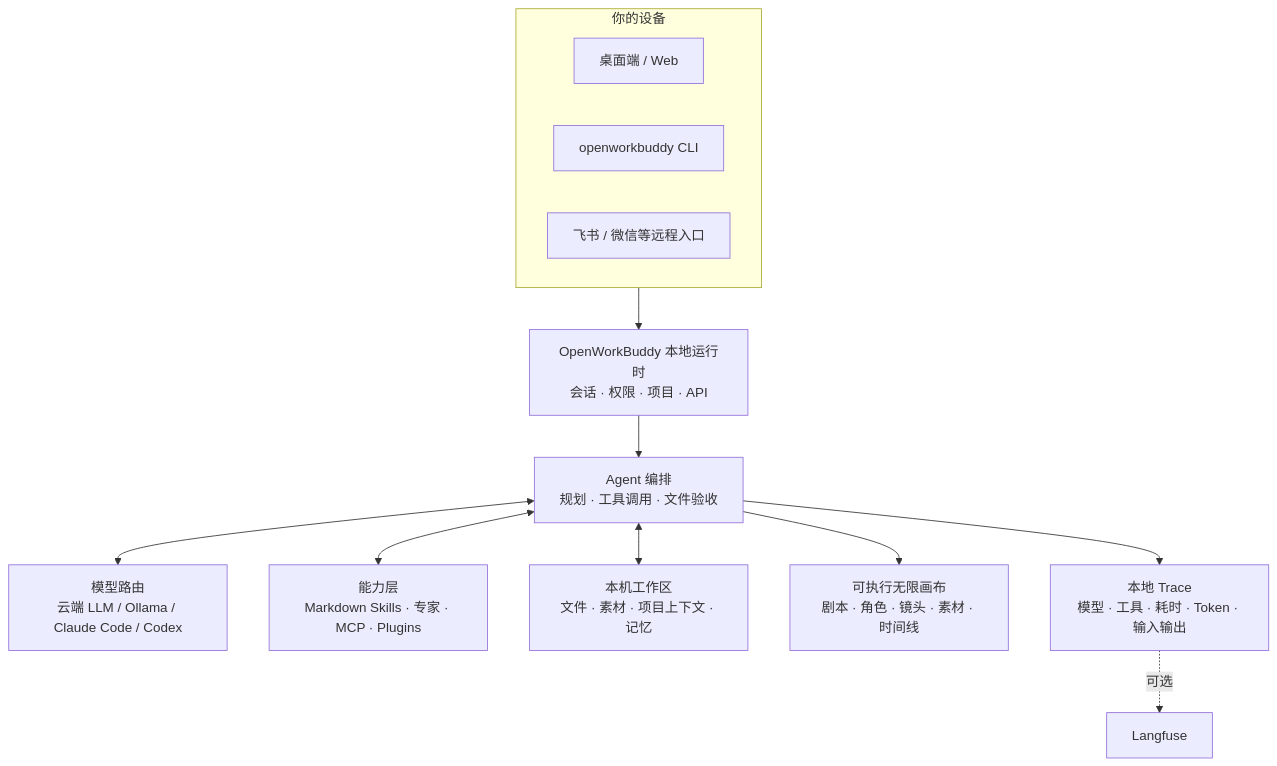
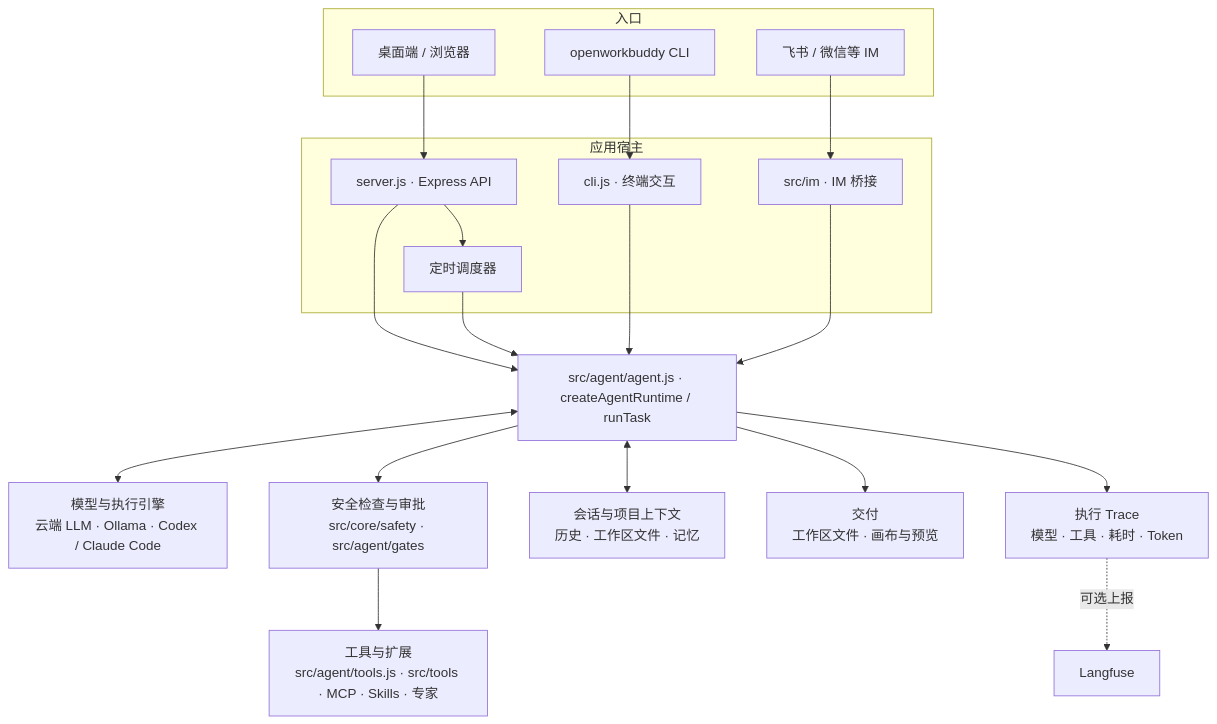
The diagram in README.md (BradPita/openworkbuddy), drawn with Mermaid before and after one commit. The commit also changed other lines of this file and 1 other file, not shown here.

Commit message:
Document verified runtime architecture

````diff
--- a/README.md
+++ b/README.md
@@ -251,17 +251,32 @@
 ```mermaid
 flowchart TB
- subgraph Entry["你的设备"]
- Desktop["桌面端 / Web"]
+ subgraph Clients["入口"]
+ Desktop["桌面端 / 浏览器"]
  CLI["openworkbuddy CLI"]
- IM["飞书 / 微信等远程入口"]
+ IM["飞书 / 微信等 IM"]
  end
 
- Entry --> Runtime["OpenWorkBuddy 本地运行时\n会话 · 权限 · 项目 · API"]
- Runtime --> Agent["Agent 编排\n规划 · 工具调用 · 文件验收"]
- Agent <--> Models["模型路由\n云端 LLM / Ollama / Claude Code / Codex"]
- Agent <--> Capabilities["能力层\nMarkdown Skills · 专家 · MCP · Plugins"]
- Agent <--> Workspace["本机工作区\n文件 · 素材 · 项目上下文 · 记忆"]
- Agent --> Canvas["可执行无限画布\n剧本 · 角色 · 镜头 · 素材 · 时间线"]
- Agent --> Trace["本地 Trace\n模型 · 工具 · 耗时 · Token · 输入输出"]
- Trace -. 可选 .-> Langfuse["Langfuse"]
+ subgraph Hosts["应用宿主"]
+ WebHost["server.js · Express API"]
+ CliHost["cli.js · 终端交互"]
+ ImHost["src/im · IM 桥接"]
+ Schedule["定时调度器"]
+ end
+
+ Desktop --> WebHost
+ CLI --> CliHost
+ IM --> ImHost
+ WebHost --> Runtime["src/agent/agent.js · createAgentRuntime / runTask"]
+ CliHost --> Runtime
+ ImHost --> Runtime
+ WebHost --> Schedule
+ Schedule --> Runtime
+
+ Runtime <--> Models["模型与执行引擎\n云端 LLM · Ollama · Codex / Claude Code"]
+ Runtime --> Gates["安全检查与审批\nsrc/core/safety · src/agent/gates"]
+ Gates --> Tools["工具与扩展\nsrc/agent/tools.js · src/tools · MCP · Skills · 专家"]
+ Runtime <--> Context["会话与项目上下文\n历史 · 工作区文件 · 记忆"]
+ Runtime --> Deliver["交付\n工作区文件 · 画布与预览"]
+ Runtime --> Trace["执行 Trace\n模型 · 工具 · 耗时 · Token"]
+ Trace -. 可选上报 .-> Langfuse["Langfuse"]
 ```
````
